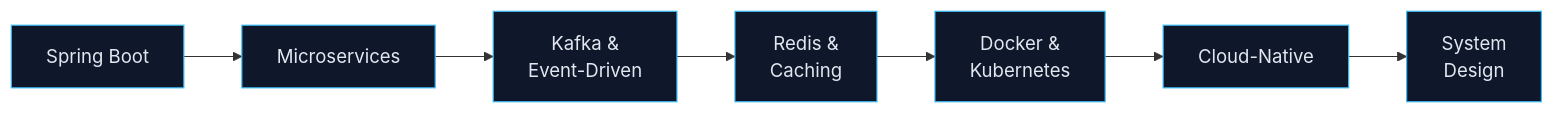
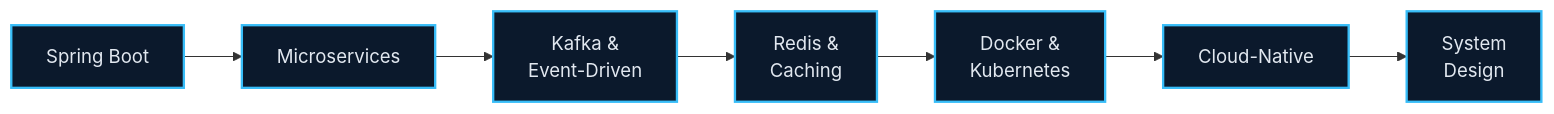
Before and after one commit to Khanhnv26/khanhnv26: the first of 2 diagrams in README.md, drawn with Mermaid. The commit also changed other lines of this file and 1 other file, not shown here.

````diff
--- a/README.md
+++ b/README.md
@@ -52,6 +87,6 @@
 ```mermaid
 flowchart LR
     A[Spring Boot] --> B[Microservices] --> C["Kafka &<br/>Event-Driven"] --> D["Redis &<br/>Caching"] --> E["Docker &<br/>Kubernetes"] --> F[Cloud-Native] --> G["System<br/>Design"]
-    classDef n fill:#0F172A,stroke:#38BDF8,color:#E2E8F0;
+    classDef n fill:#0B192C,stroke:#38BDF8,stroke-width:2px,color:#E2E8F0;
     class A,B,C,D,E,F,G n;
 ```
````
